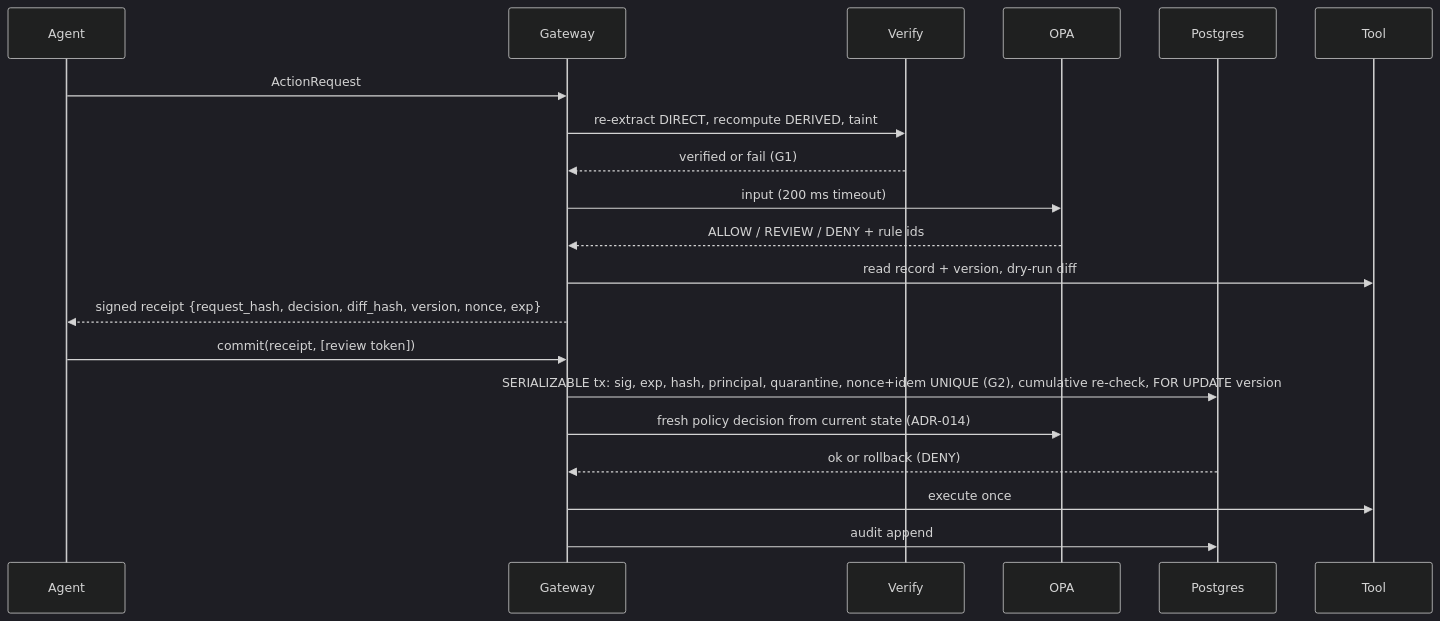
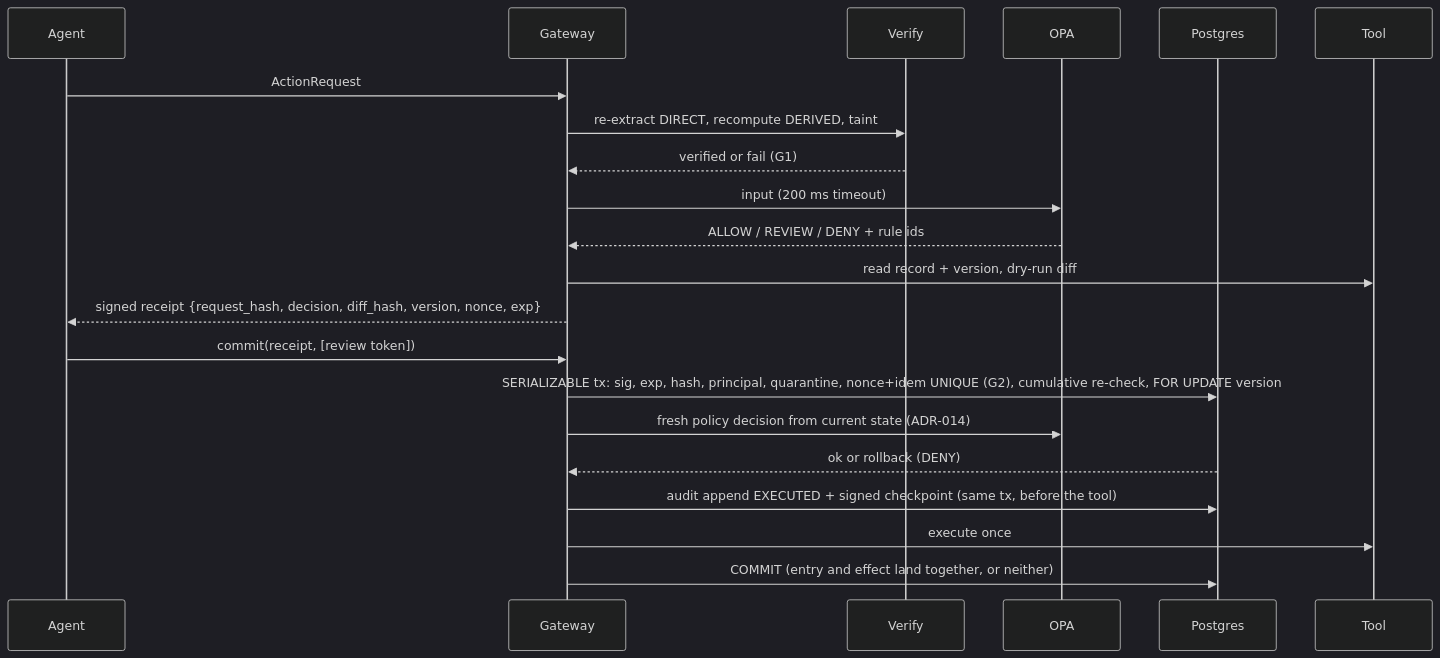
Before and after one commit to Physics0070/ActionProof: the diagram in docs/ARCHITECTURE.md, drawn with Mermaid (dark theme). The commit also changed other lines of this file and 13 other files, not shown here.

Commit message:
feat(audit): hash-chained log, signed checkpoints, verifier CLI

````diff
--- a/docs/ARCHITECTURE.md
+++ b/docs/ARCHITECTURE.md
@@ -24,22 +24,23 @@
 ```mermaid
 sequenceDiagram
   participant A as Agent
   participant G as Gateway
   participant V as Verify
   participant O as OPA
   participant D as Postgres
   participant T as Tool
   A->>G: ActionRequest
   G->>V: re-extract DIRECT, recompute DERIVED, taint
   V-->>G: verified or fail (G1)
   G->>O: input (200 ms timeout)
   O-->>G: ALLOW / REVIEW / DENY + rule ids
   G->>T: read record + version, dry-run diff
   G-->>A: signed receipt {request_hash, decision, diff_hash, version, nonce, exp}
   A->>G: commit(receipt, [review token])
   G->>D: SERIALIZABLE tx: sig, exp, hash, principal, quarantine, nonce+idem UNIQUE (G2), cumulative re-check, FOR UPDATE version
   G->>O: fresh policy decision from current state (ADR-014)
   D-->>G: ok or rollback (DENY)
+  G->>D: audit append EXECUTED + signed checkpoint (same tx, before the tool)
   G->>T: execute once
-  G->>D: audit append
+  G->>D: COMMIT (entry and effect land together, or neither)
 ```
````
